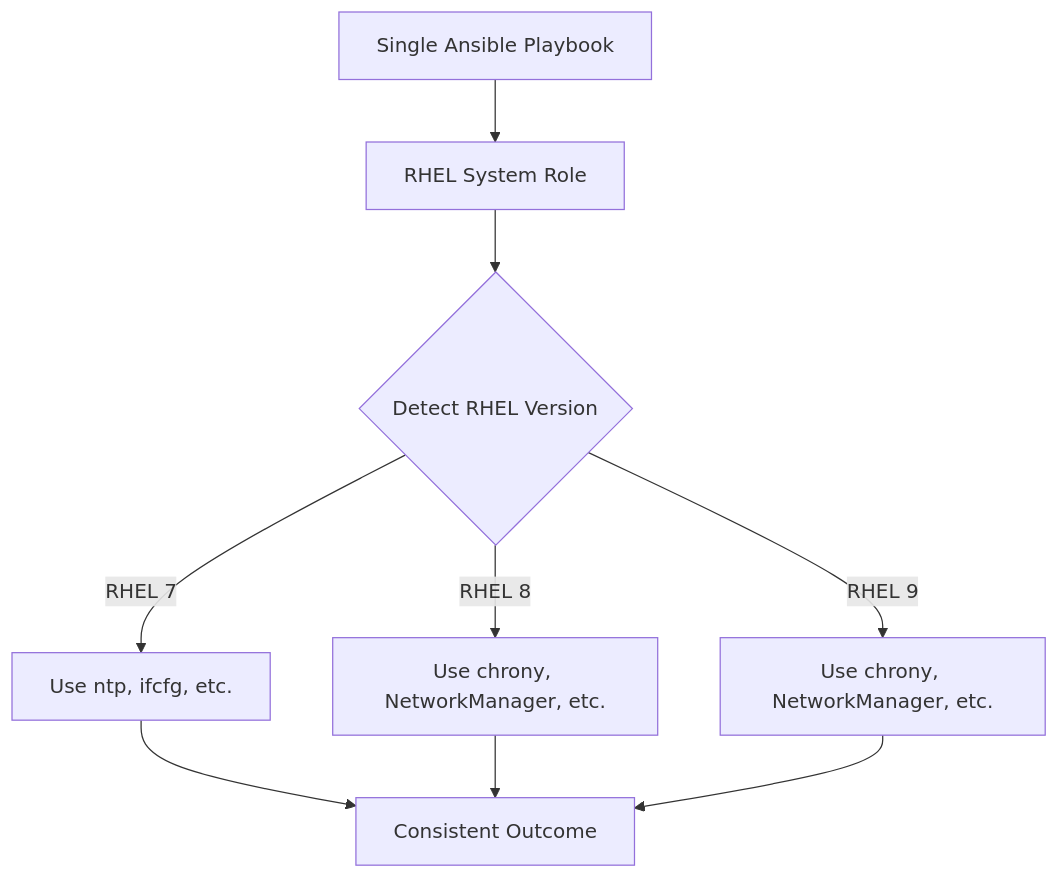
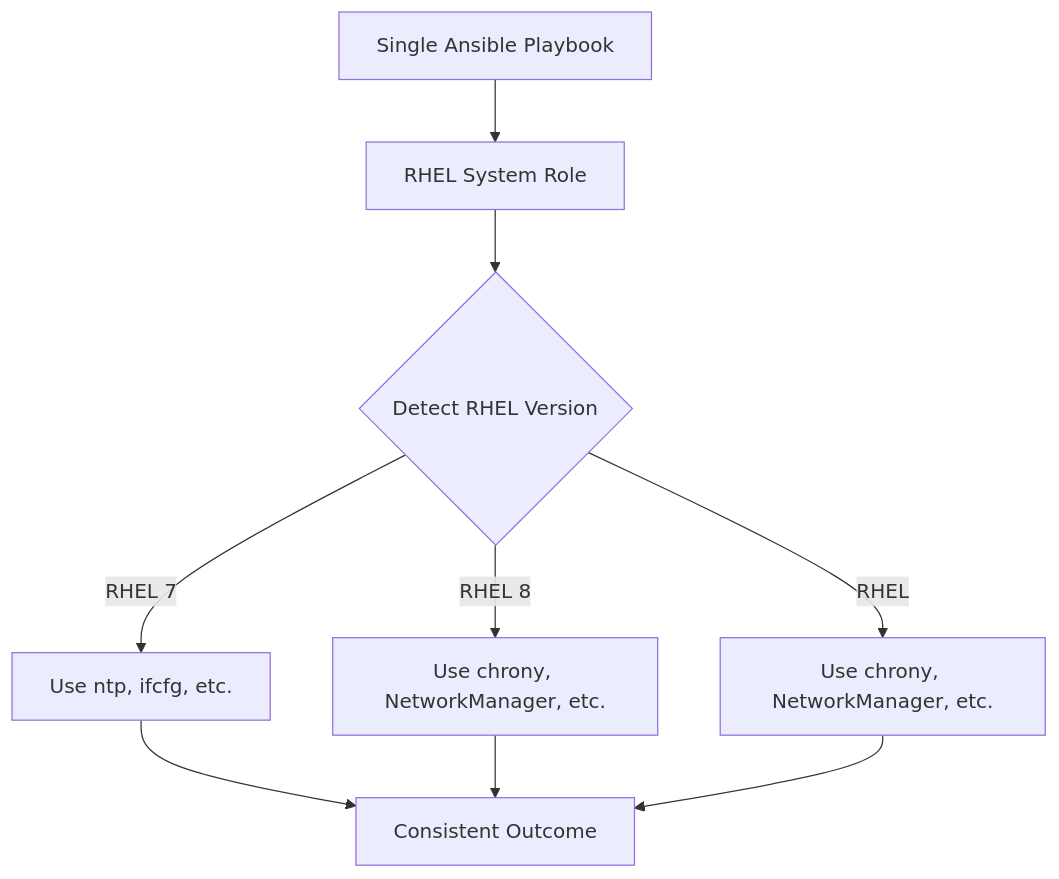
One commit to OneUptime/blog changed the diagram in posts/2026-03-04-apply-rhel-system-roles-multiple-versions/README.md. Above: the diagram before and after it, drawn with Mermaid. The commit also changed other lines of this file and 4866 other files, not shown here.

````diff
--- a/posts/2026-03-04-apply-rhel-system-roles-multiple-versions/README.md
+++ b/posts/2026-03-04-apply-rhel-system-roles-multiple-versions/README.md
@@ -17,11 +17,11 @@
 ```mermaid
 graph TD
     A[Single Ansible Playbook] --> B[RHEL System Role]
     B --> C{Detect RHEL Version}
     C -->|RHEL 7| D[Use ntp, ifcfg, etc.]
     C -->|RHEL 8| E[Use chrony, NetworkManager, etc.]
-    C -->|RHEL 9| F[Use chrony, NetworkManager, etc.]
+    C -->|RHEL| F[Use chrony, NetworkManager, etc.]
     D --> G[Consistent Outcome]
     E --> G
     F --> G
 ```
````
